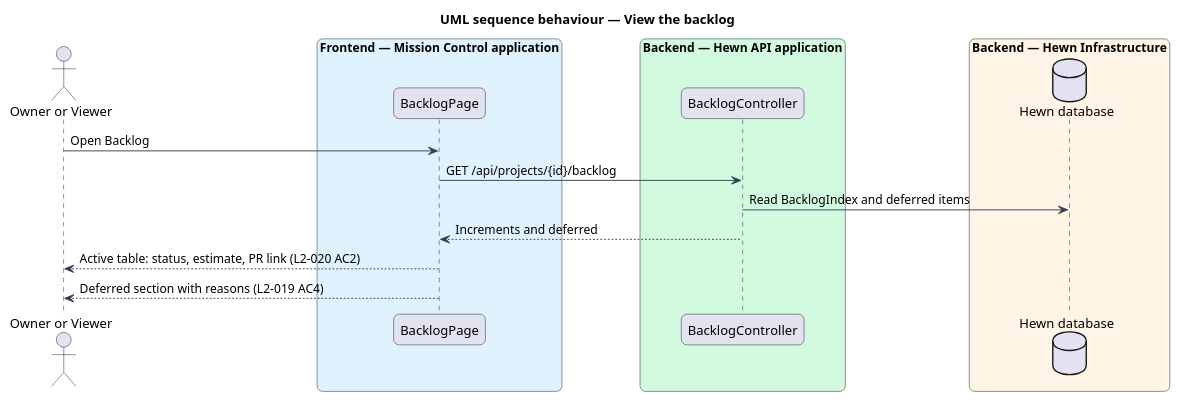
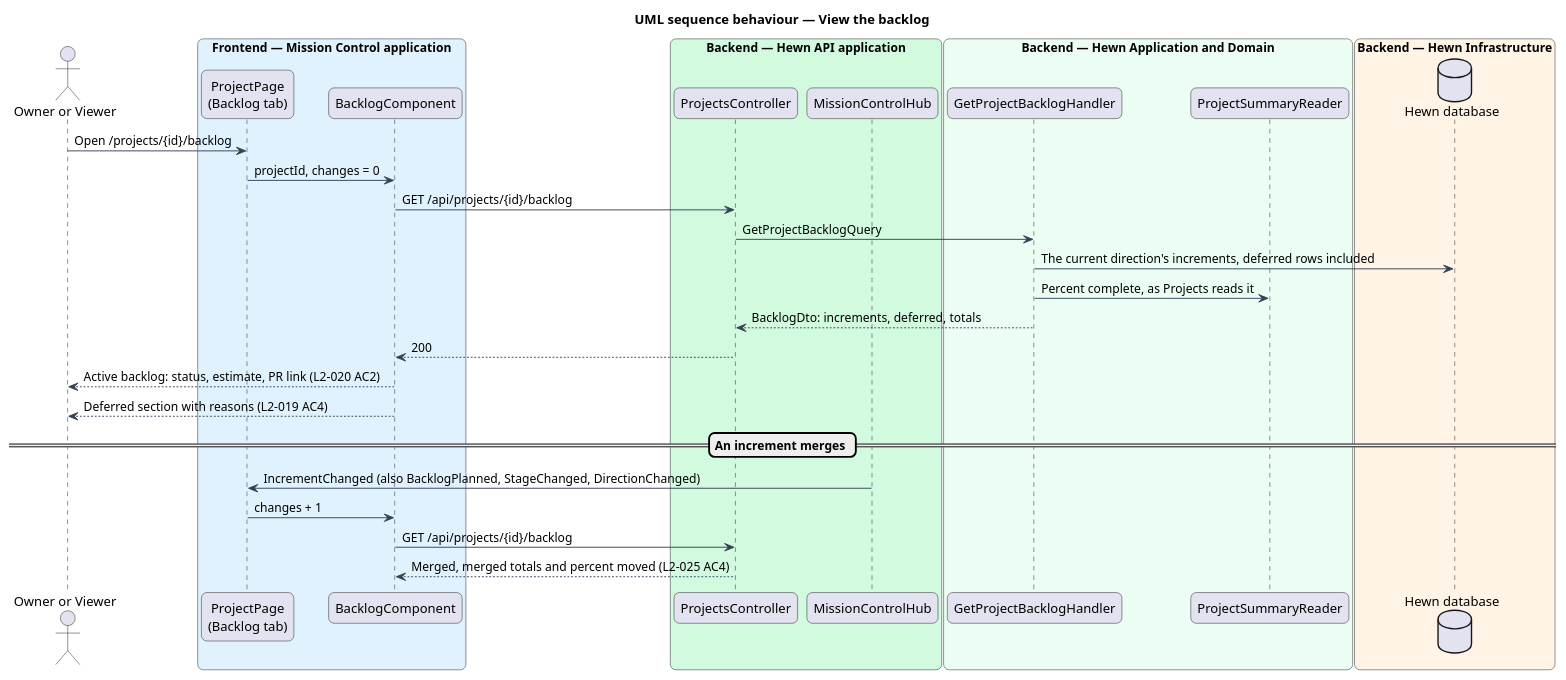
The diagram in docs/detailed-designs/stages/estimate-and-plan-backlog/diagrams/sequence-view-backlog.puml (QuinntyneBrown/hewn), drawn with PlantUML before and after one commit. The commit also changed 46 other files, not shown here.

```diff
--- a/docs/detailed-designs/stages/estimate-and-plan-backlog/diagrams/sequence-view-backlog.puml
+++ b/docs/detailed-designs/stages/estimate-and-plan-backlog/diagrams/sequence-view-backlog.puml
@@ -1,34 +1,49 @@
 @startuml
 title UML sequence behaviour — View the backlog
 skinparam backgroundColor #FFFFFF
 skinparam shadowing false
 skinparam roundcorner 12
 skinparam defaultFontName Arial
 skinparam ArrowColor #344054
 skinparam rectangle {
   BorderColor #344054
   FontColor #101828
 }
 skinparam package {
   BorderColor #667085
   FontColor #101828
   BackgroundColor #F9FAFB
 }
 skinparam sequenceMessageAlign left
 actor "Owner or Viewer" as user
 box "Frontend — Mission Control application" #E0F2FE
-  participant "BacklogPage" as page
+  participant "ProjectPage\n(Backlog tab)" as page
+  participant "BacklogComponent" as backlog
 end box
 box "Backend — Hewn API application" #D1FADF
-  participant "BacklogController" as ctrl
+  participant "ProjectsController" as ctrl
+  participant "MissionControlHub" as hub
+end box
+box "Backend — Hewn Application and Domain" #ECFDF3
+  participant "GetProjectBacklogHandler" as handler
+  participant "ProjectSummaryReader" as reader
 end box
 box "Backend — Hewn Infrastructure" #FFF4E5
   database "Hewn database" as db
 end box
-user -> page : Open Backlog
-page -> ctrl : GET /api/projects/{id}/backlog
-ctrl -> db : Read BacklogIndex and deferred items
-ctrl --> page : Increments and deferred
-page --> user : Active table: status, estimate, PR link (L2-020 AC2)
-page --> user : Deferred section with reasons (L2-019 AC4)
+user -> page : Open /projects/{id}/backlog
+page -> backlog : projectId, changes = 0
+backlog -> ctrl : GET /api/projects/{id}/backlog
+ctrl -> handler : GetProjectBacklogQuery
+handler -> db : The current direction's increments, deferred rows included
+handler -> reader : Percent complete, as Projects reads it
+handler --> ctrl : BacklogDto: increments, deferred, totals
+ctrl --> backlog : 200
+backlog --> user : Active backlog: status, estimate, PR link (L2-020 AC2)
+backlog --> user : Deferred section with reasons (L2-019 AC4)
+== An increment merges ==
+hub -> page : IncrementChanged (also BacklogPlanned, StageChanged, DirectionChanged)
+page -> backlog : changes + 1
+backlog -> ctrl : GET /api/projects/{id}/backlog
+ctrl --> backlog : Merged, merged totals and percent moved (L2-025 AC4)
 @enduml
```
